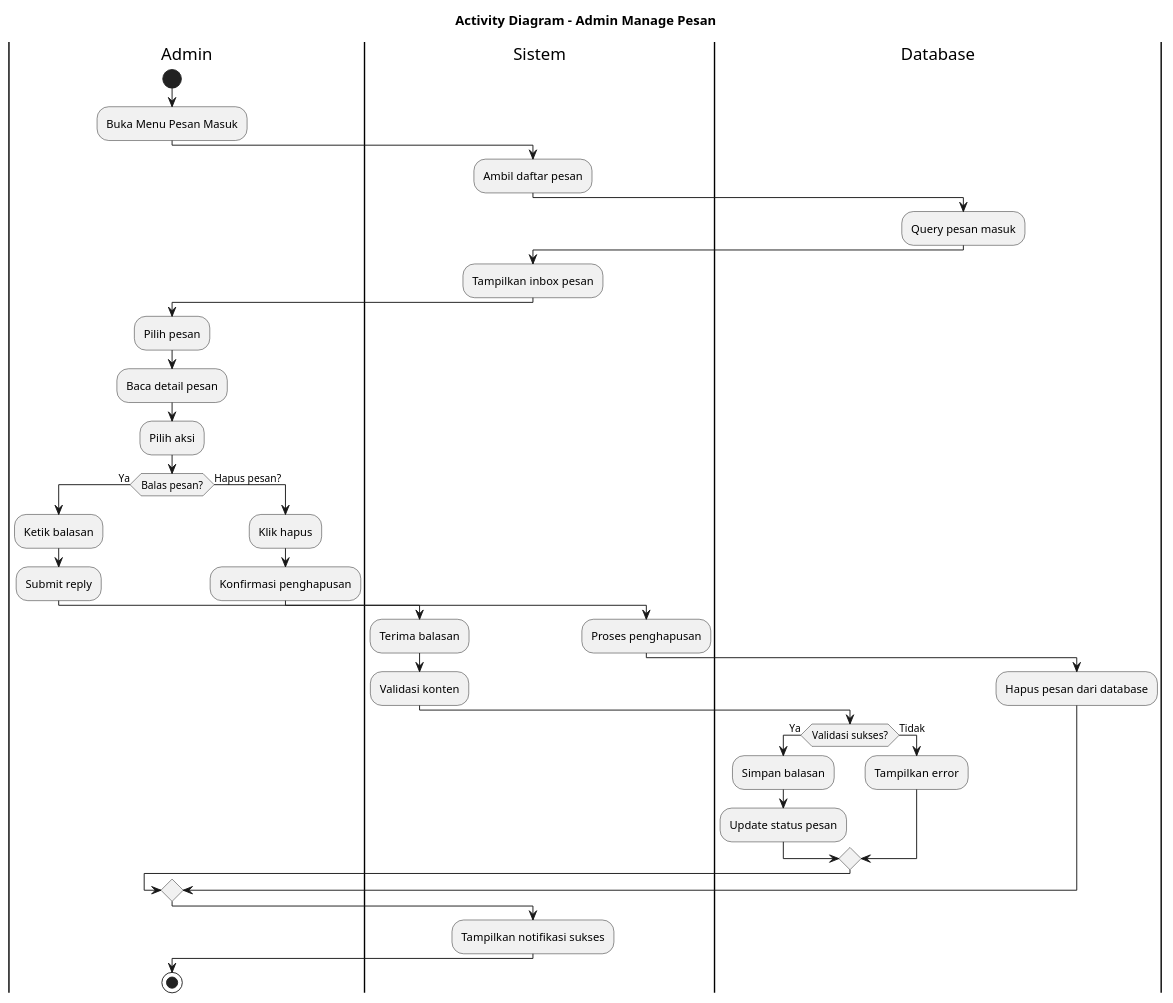
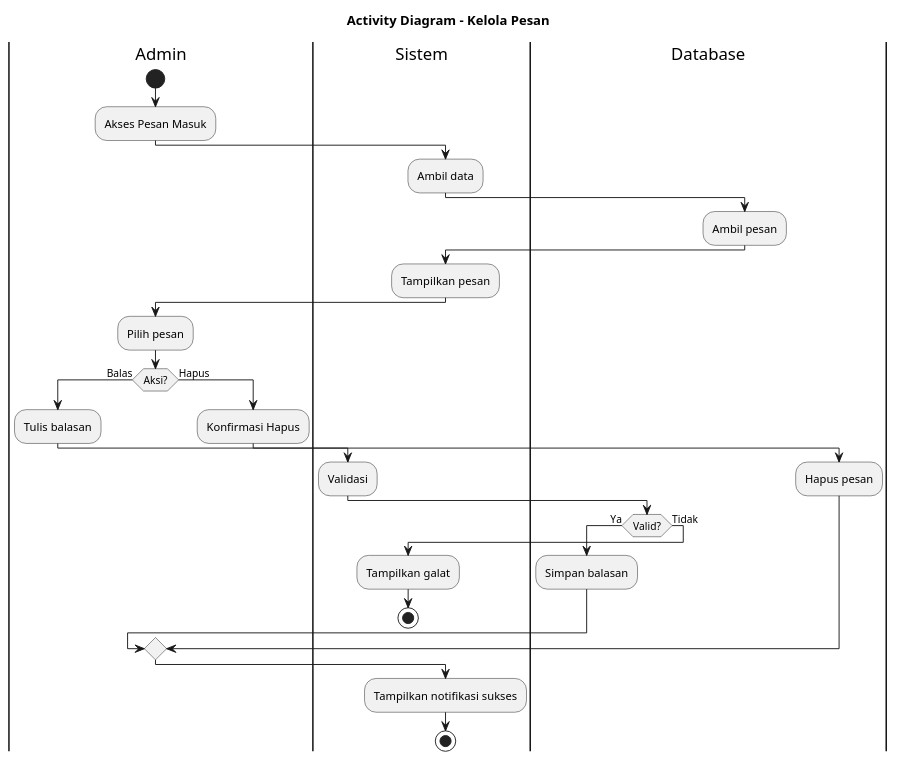
Before and after one commit to jaddu17/capstonepmikp: the diagram in diagram/activitydiagram_admin_manage_pesan.puml, drawn with PlantUML. The commit also changed 15 other files, not shown here.

Commit message:
activity diagram user

```diff
--- a/diagram/activitydiagram_admin_manage_pesan.puml
+++ b/diagram/activitydiagram_admin_manage_pesan.puml
@@ -1,58 +1,42 @@
 @startuml ACTIVITY_DIAGRAM_ADMIN_MANAGE_PESAN
-title Activity Diagram - Admin Manage Pesan
+title Activity Diagram - Kelola Pesan
 
 |Admin|
 start
-:Buka Menu Pesan Masuk;
+:Akses Pesan Masuk;
 
 |Sistem|
-:Ambil daftar pesan;
+:Ambil data;
 
 |Database|
-:Query pesan masuk;
+:Ambil pesan;
 
 |Sistem|
-:Tampilkan inbox pesan;
+:Tampilkan pesan;
 
 |Admin|
 :Pilih pesan;
-:Baca detail pesan;
-
-|Admin|
-:Pilih aksi;
-if (Balas pesan?) then (Ya)
-  :Ketik balasan;
-  :Submit reply;
-  
+if (Aksi?) then (Balas)
+  :Tulis balasan;
   |Sistem|
-  :Terima balasan;
-  :Validasi konten;
-
+  :Validasi;
   |Database|
-  if (Validasi sukses?) then (Ya)
+  if (Valid?) then (Ya)
     :Simpan balasan;
-    :Update status pesan;
   else (Tidak)
-    :Tampilkan error;
+    |Sistem|
+    :Tampilkan galat;
+    stop
   endif
-
-else (Hapus pesan?)
+else (Hapus)
   |Admin|
-  :Klik hapus;
-  :Konfirmasi penghapusan;
-
-  |Sistem|
-  :Proses penghapusan;
-
+  :Konfirmasi Hapus;
   |Database|
-  :Hapus pesan dari database;
-
+  :Hapus pesan;
 endif
 
 |Sistem|
 :Tampilkan notifikasi sukses;
 
-|Admin|
 stop
-
 @enduml
```
